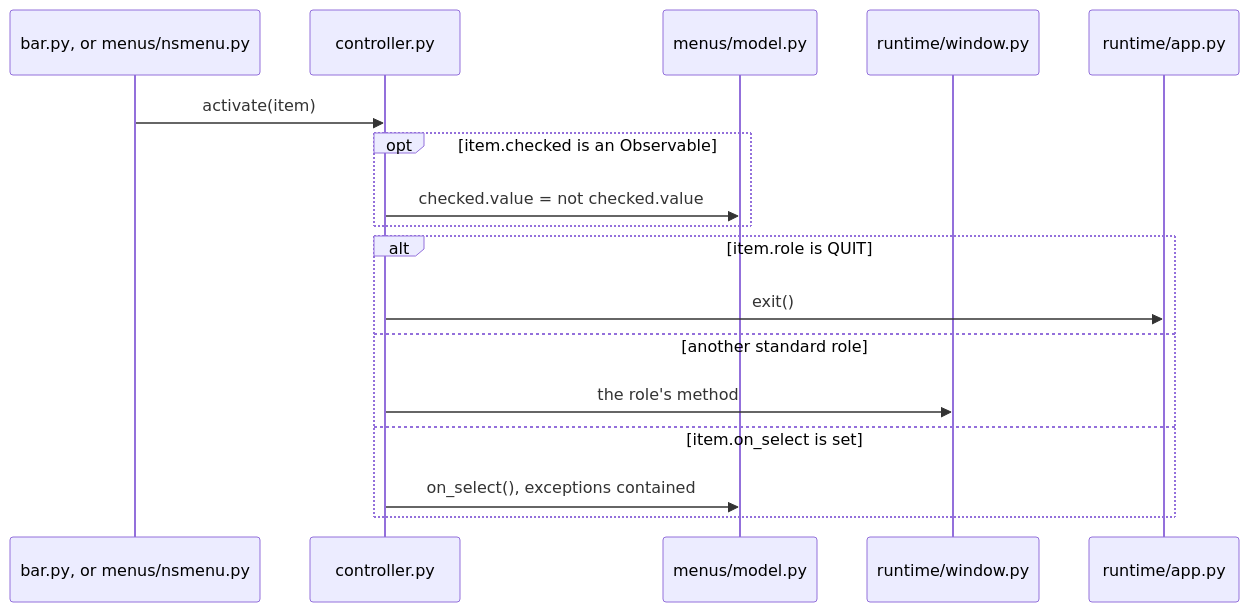
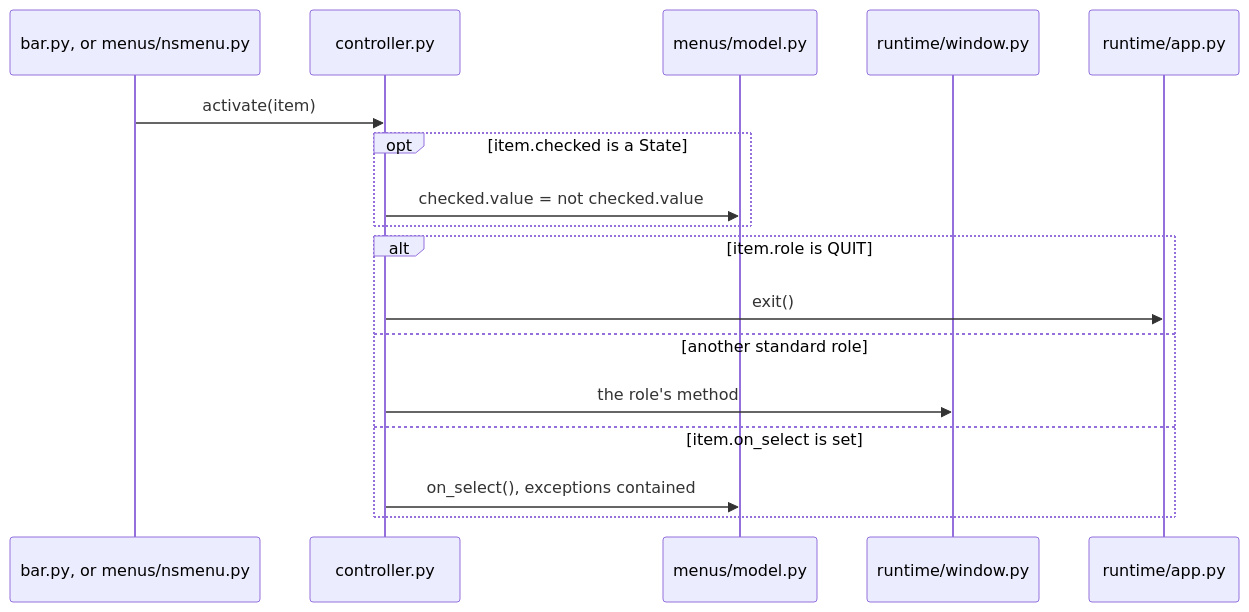
Before and after one commit to yuksblog/nuiitivet: the fourth of 10 diagrams in docs/design/MENU_BAR.md, drawn with Mermaid. The commit also changed other lines of this file and 77 other files, not shown here.

````diff
--- a/docs/design/MENU_BAR.md
+++ b/docs/design/MENU_BAR.md
@@ -148,20 +148,20 @@
 ```mermaid
 sequenceDiagram
     participant S as bar.py, or menus/nsmenu.py
     participant C as controller.py
     participant E as menus/model.py
     participant W as runtime/window.py
     participant A as runtime/app.py
 
     S->>C: activate(item)
-    opt item.checked is an Observable
+    opt item.checked is a State
         C->>E: checked.value = not checked.value
     end
     alt item.role is QUIT
         C->>A: exit()
     else another standard role
         C->>W: the role's method
     else item.on_select is set
         C->>E: on_select(), exceptions contained
     end
 ```
````
